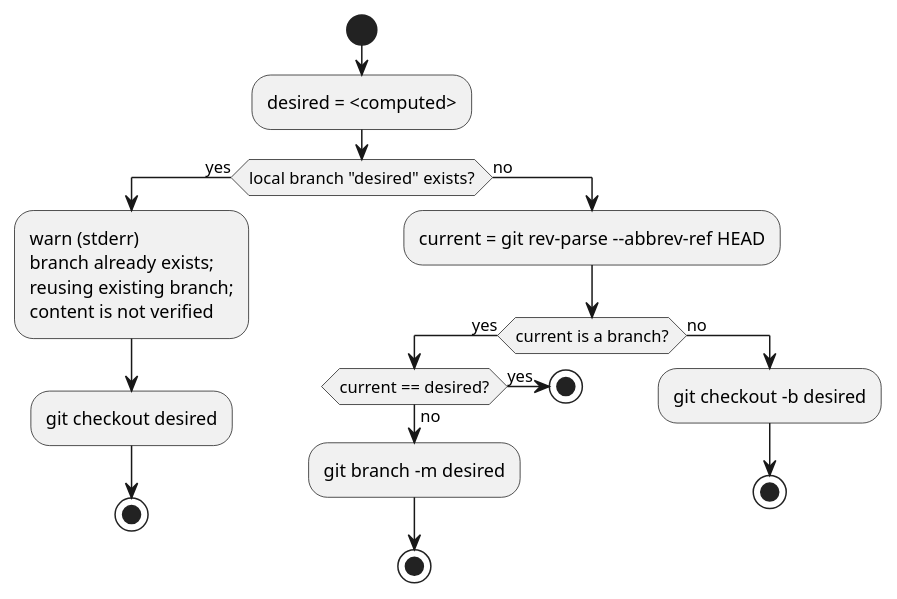
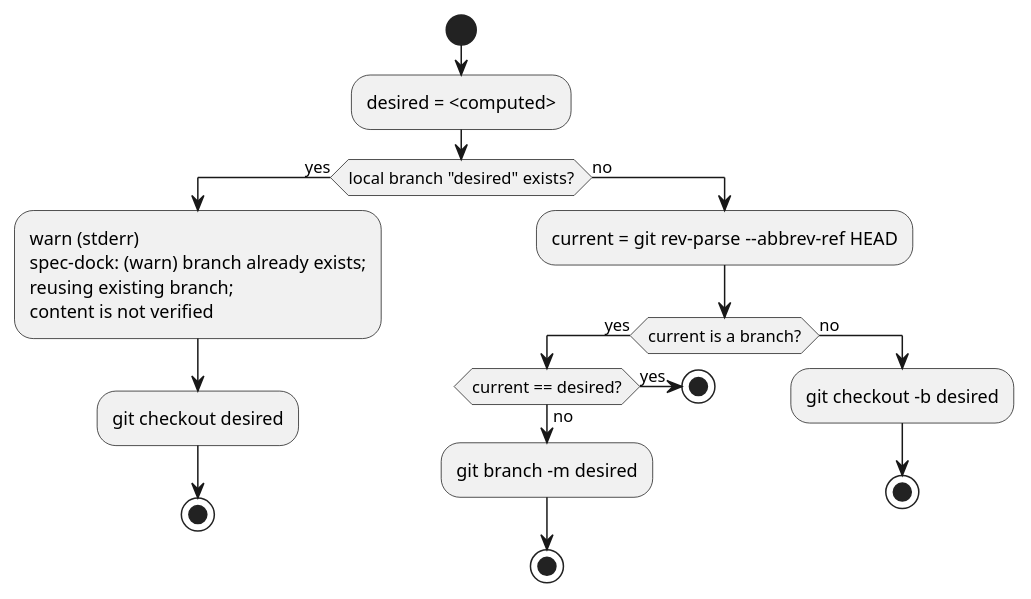
Before and after one commit to chemitaro/spec-dock: the third of 8 diagrams in tmp/issue-5/design.md, drawn with PlantUML. The commit also changed other lines of this file and 1 other file, not shown here.

Commit message:
docs(issue-5): issue-5の設計要件をslug検証と警告仕様へ更新 - 最終更新日を更新し、既存`_validate_slug`を温存したまま入力専用バリデータ追加方針を明記 - branch決定フローを再定義し、checkout/再scan条件と既存ブランチ再利用時の挙動を仕様化 - warning の出力を `spec-dock: (warn)` 形式に統一し、AC/IFに含める安定トークンを追記

````diff
--- a/tmp/issue-5/design.md
+++ b/tmp/issue-5/design.md
@@ -165,27 +172,27 @@
 ```plantuml
 @startuml
 skinparam monochrome true
 
 start
 :desired = <computed>;
 
 if (local branch "desired" exists?) then (yes)
-  :warn (stderr)\nbranch already exists;\nreusing existing branch;\ncontent is not verified;
+  :warn (stderr)\nspec-dock: (warn) branch already exists;\nreusing existing branch;\ncontent is not verified;
   :git checkout desired;
   stop
 else (no)
   :current = git rev-parse --abbrev-ref HEAD;
   if (current is a branch?) then (yes)
     if (current == desired?) then (yes)
       stop
     else (no)
       :git branch -m desired;
       stop
     endif
   else (no)
     :git checkout -b desired;
     stop
   endif
 endif
 @enduml
 ```
````
